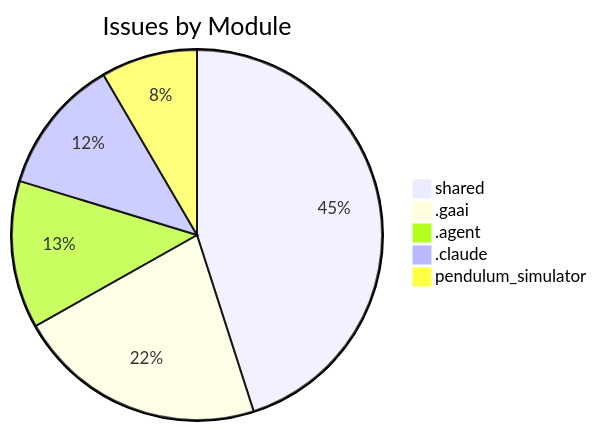
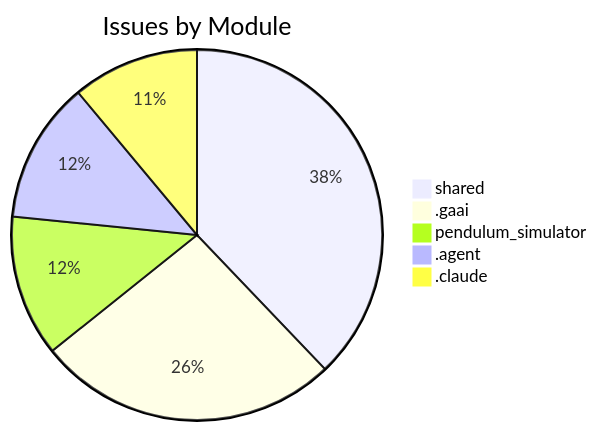
Before and after one commit to D-sorganization/Tools: the second of 2 diagrams in docs/assessments/completist/Completist_Report_2026-07-26.md, drawn with Mermaid. The commit also changed other lines of this file and 80 other files, not shown here.

````diff
--- a/docs/assessments/completist/Completist_Report_2026-07-26.md
+++ b/docs/assessments/completist/Completist_Report_2026-07-26.md
@@ -20,8 +20,8 @@
 ```mermaid
 pie title Issues by Module
-    "shared" : 91
-    ".gaai" : 44
-    ".agent" : 26
-    ".claude" : 24
-    "pendulum_simulator" : 17
+    "shared" : 89
+    ".gaai" : 62
+    "pendulum_simulator" : 29
+    ".agent" : 29
+    ".claude" : 26
 ```
````
